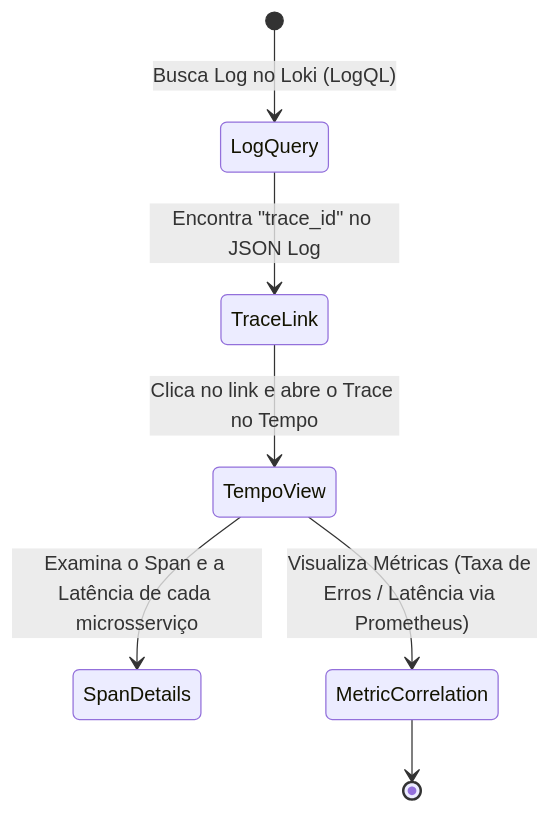
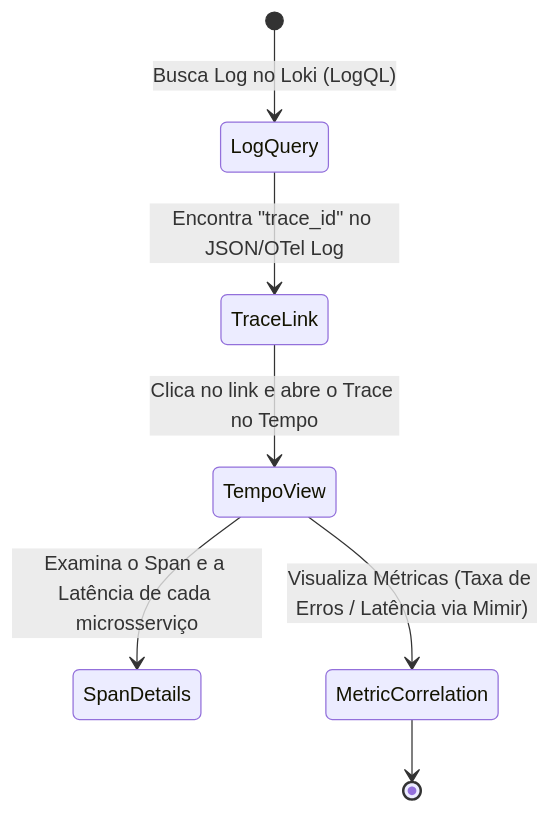
The fifth of 6 diagrams in Infrastructure Diagrams.md (GuiJeff0/monitor_lab), drawn with Mermaid before and after one commit. The commit also changed other lines of this file and 8 other files, not shown here.

````diff
--- a/Infrastructure Diagrams.md
+++ b/Infrastructure Diagrams.md
@@ -188,9 +184,9 @@
 ```mermaid
 stateDiagram-v2
     [*] --> LogQuery: Busca Log no Loki (LogQL)
-    LogQuery --> TraceLink: Encontra "trace_id" no JSON Log
+    LogQuery --> TraceLink: Encontra "trace_id" no JSON/OTel Log
     TraceLink --> TempoView: Clica no link e abre o Trace no Tempo
     TempoView --> SpanDetails: Examina o Span e a Latência de cada microsserviço
-    TempoView --> MetricCorrelation: Visualiza Métricas (Taxa de Erros / Latência via Prometheus)
+    TempoView --> MetricCorrelation: Visualiza Métricas (Taxa de Erros / Latência via Mimir)
     MetricCorrelation --> [*]
 ```
````
